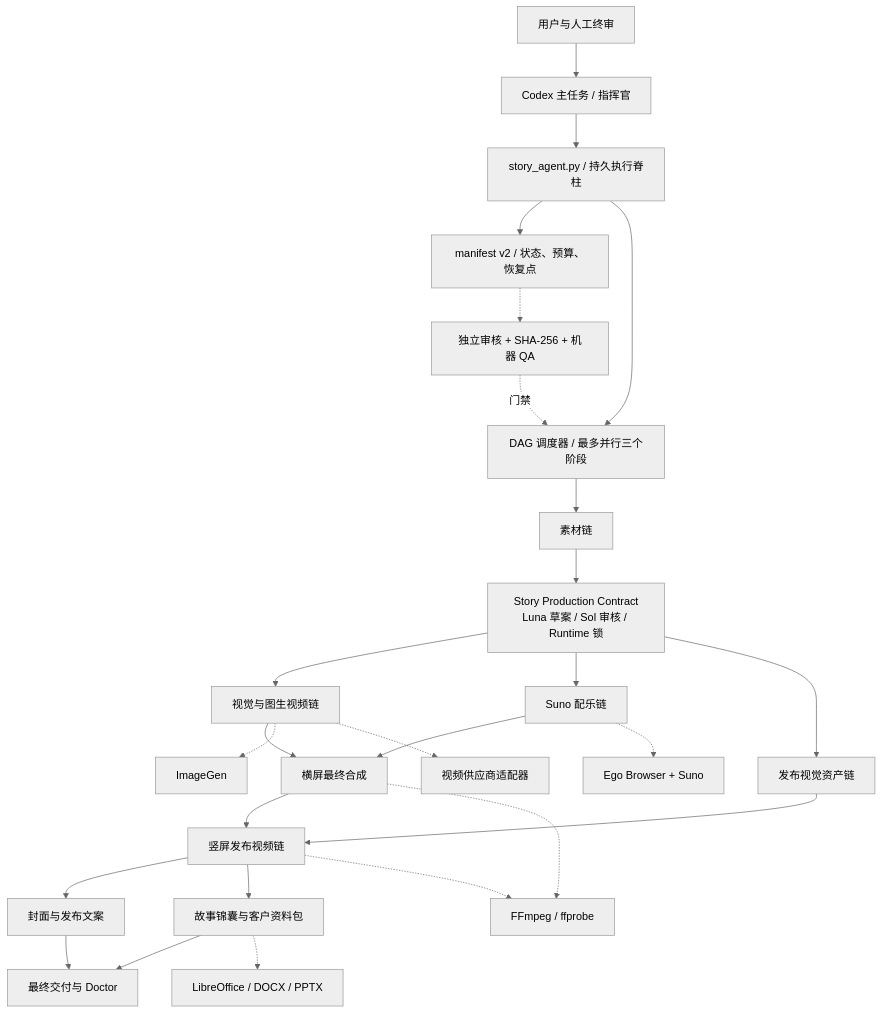
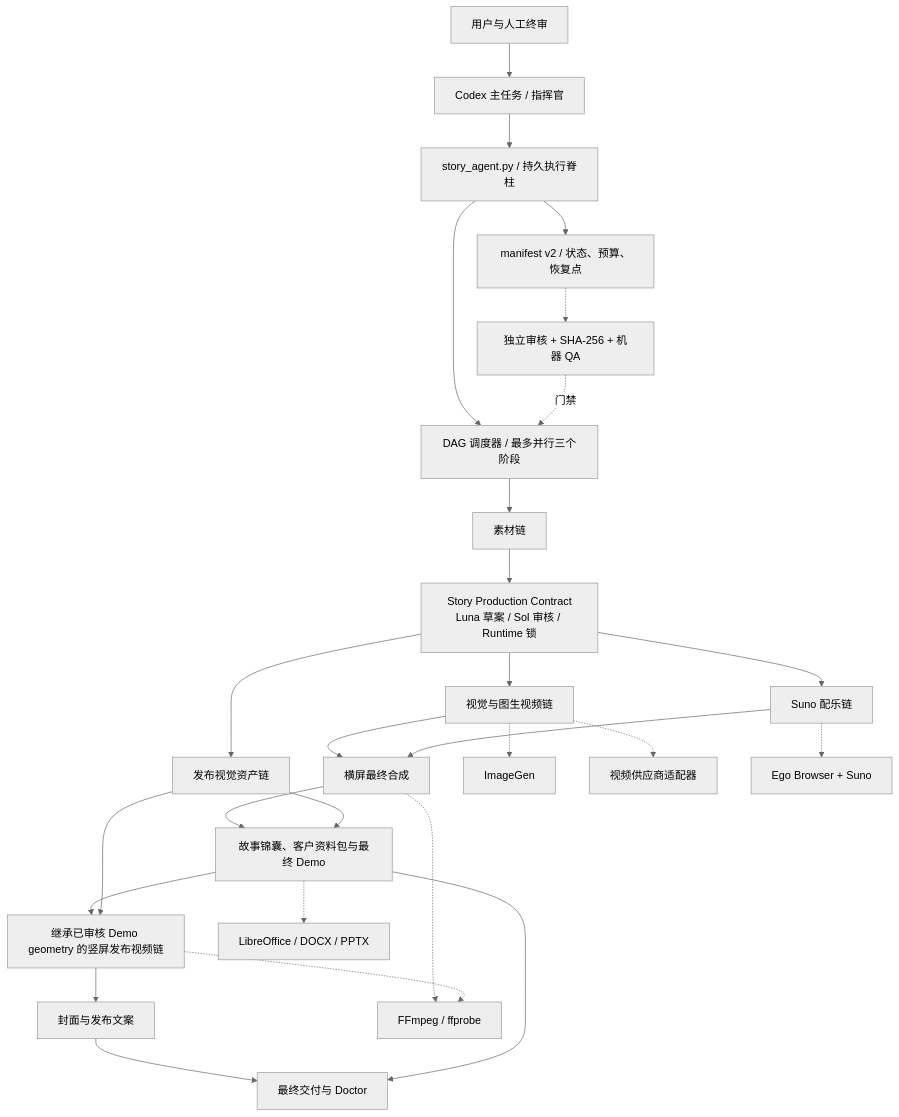
The diagram in docs/architecture/overall-architecture.md (LiuDaring1/story-agent-production-system), drawn with Mermaid (neutral theme) before and after one commit. The commit also changed other lines of this file and 6 other files, not shown here.

````diff
--- a/docs/architecture/overall-architecture.md
+++ b/docs/architecture/overall-architecture.md
@@ -7,33 +7,34 @@
 ```mermaid
 flowchart TB
     U["用户与人工终审"] --> C["Codex 主任务 / 指挥官"]
     C --> A["story_agent.py / 持久执行脊柱"]
     A --> M["manifest v2 / 状态、预算、恢复点"]
     A --> D["DAG 调度器 / 最多并行三个阶段"]
 
     D --> S["素材链"]
     S --> CT["Story Production Contract<br/>Luna 草案 / Sol 审核 / Runtime 锁"]
     CT --> V["视觉与图生视频链"]
     CT --> MU["Suno 配乐链"]
     CT --> RA["发布视觉资产链"]
 
     V --> AS["横屏最终合成"]
     MU --> AS
-    AS --> R["竖屏发布视频链"]
+    AS --> PROD["故事锦囊、客户资料包与最终 Demo"]
+    RA --> PROD
+    PROD --> R["继承已审核 Demo geometry 的竖屏发布视频链"]
     RA --> R
 
     R --> PUB["封面与发布文案"]
-    R --> PROD["故事锦囊与客户资料包"]
     PUB --> FINAL["最终交付与 Doctor"]
     PROD --> FINAL
 
     V -.-> IMG["ImageGen"]
     V -.-> VIDEO["视频供应商适配器"]
     MU -.-> SUNO["Ego Browser + Suno"]
     AS -.-> FFMPEG["FFmpeg / ffprobe"]
     R -.-> FFMPEG
     PROD -.-> OFFICE["LibreOffice / DOCX / PPTX"]
 
     M -.-> QA["独立审核 + SHA-256 + 机器 QA"]
     QA -.门禁.-> D
 ```
````
